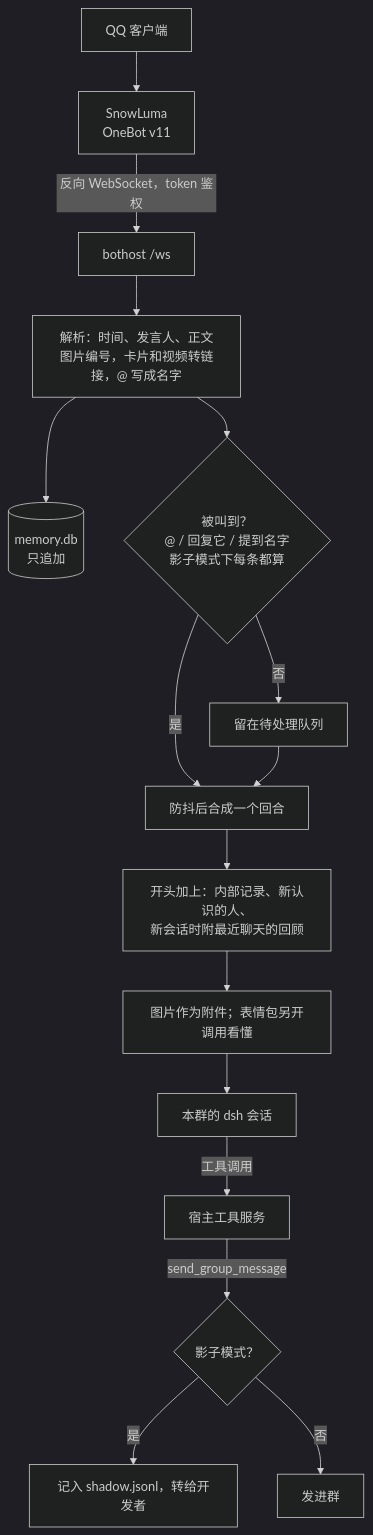
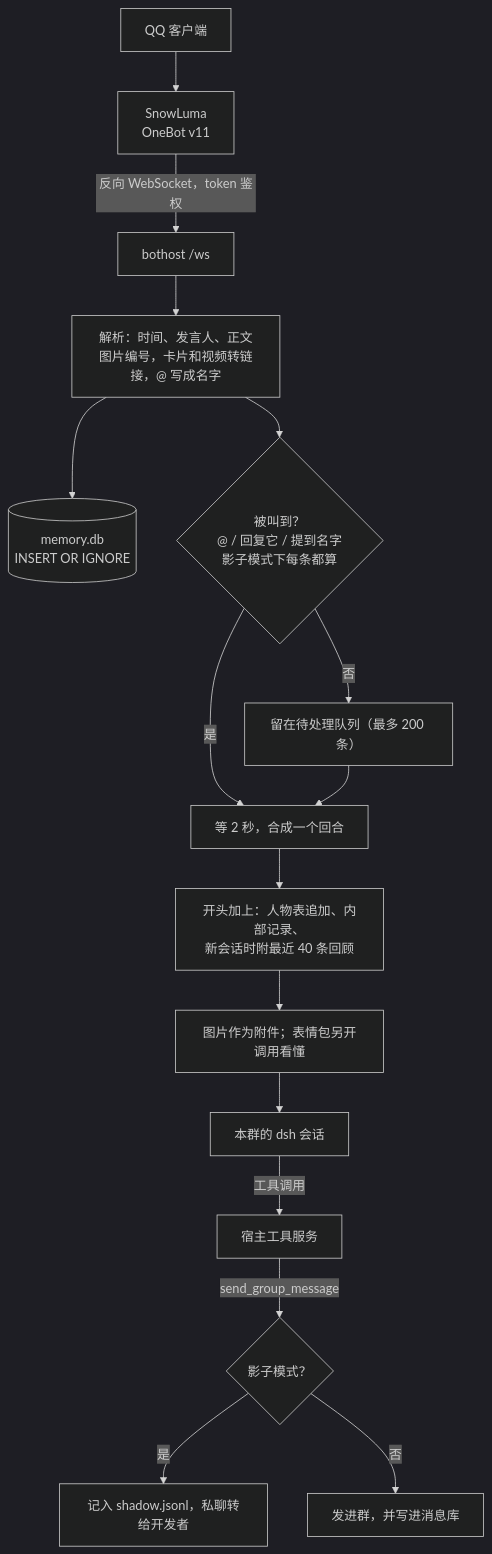
One commit to shioochicqwq/groupmind changed the third of 3 diagrams in docs/overview/architecture.md. Above: the diagram before and after it, drawn with Mermaid (dark theme). The commit also changed other lines of this file and 5 other files, not shown here.

````diff
--- a/docs/overview/architecture.md
+++ b/docs/overview/architecture.md
@@ -330,18 +530,18 @@
 ```mermaid
 flowchart TD
     Q["QQ 客户端"] --> S["SnowLuma<br/>OneBot v11"]
     S -- "反向 WebSocket，token 鉴权" --> W["bothost /ws"]
     W --> P["解析：时间、发言人、正文<br/>图片编号，卡片和视频转链接，@ 写成名字"]
-    P --> DB[("memory.db<br/>只追加")]
+    P --> DB[("memory.db<br/>INSERT OR IGNORE")]
     P --> C{"被叫到？<br/>@ / 回复它 / 提到名字<br/>影子模式下每条都算"}
-    C -- "否" --> WAIT["留在待处理队列"]
-    C -- "是" --> D["防抖后合成一个回合"]
+    C -- "否" --> WAIT["留在待处理队列（最多 200 条）"]
+    C -- "是" --> D["等 2 秒，合成一个回合"]
     WAIT --> D
-    D --> N["开头加上：内部记录、新认识的人、<br/>新会话时附最近聊天的回顾"]
+    D --> N["开头加上：人物表追加、内部记录、<br/>新会话时附最近 40 条回顾"]
     N --> M["图片作为附件；表情包另开调用看懂"]
     M --> DSH["本群的 dsh 会话"]
     DSH -- "工具调用" --> T["宿主工具服务"]
     T -- "send_group_message" --> OUT{"影子模式？"}
-    OUT -- "是" --> SH["记入 shadow.jsonl，转给开发者"]
-    OUT -- "否" --> GRP["发进群"]
+    OUT -- "是" --> SH["记入 shadow.jsonl，私聊转给开发者"]
+    OUT -- "否" --> GRP["发进群，并写进消息库"]
 ```
````
